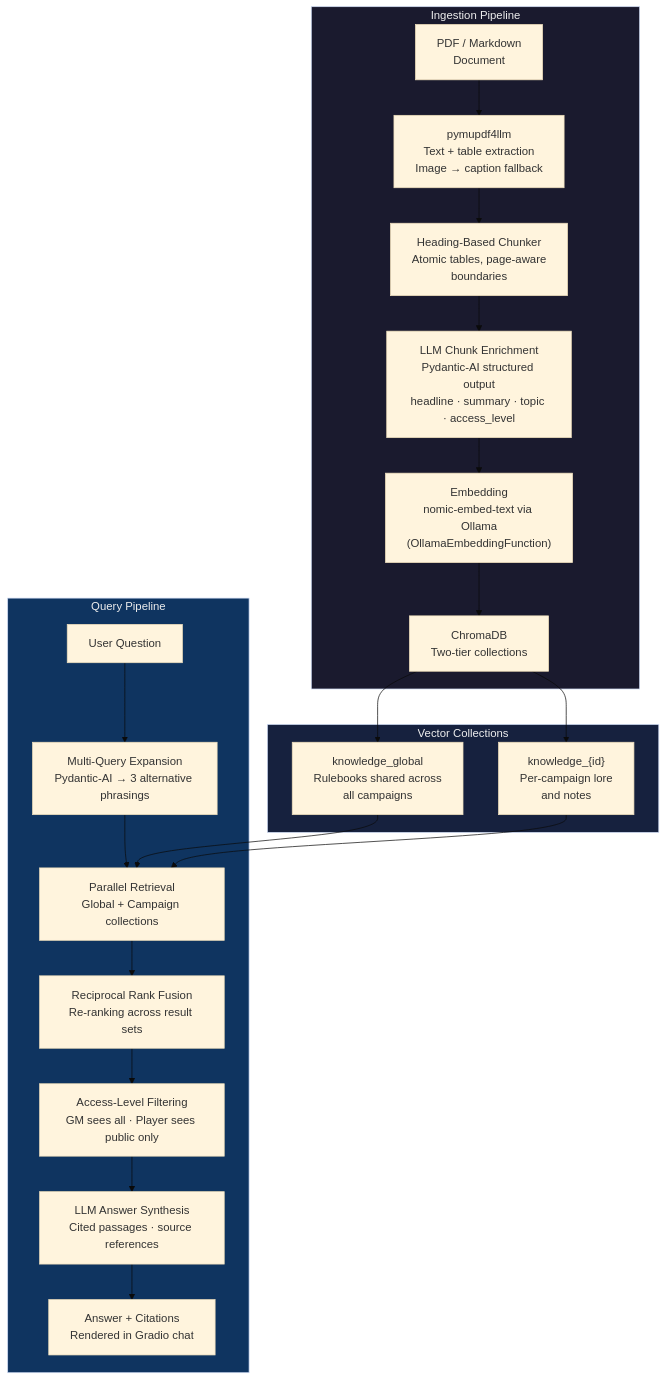
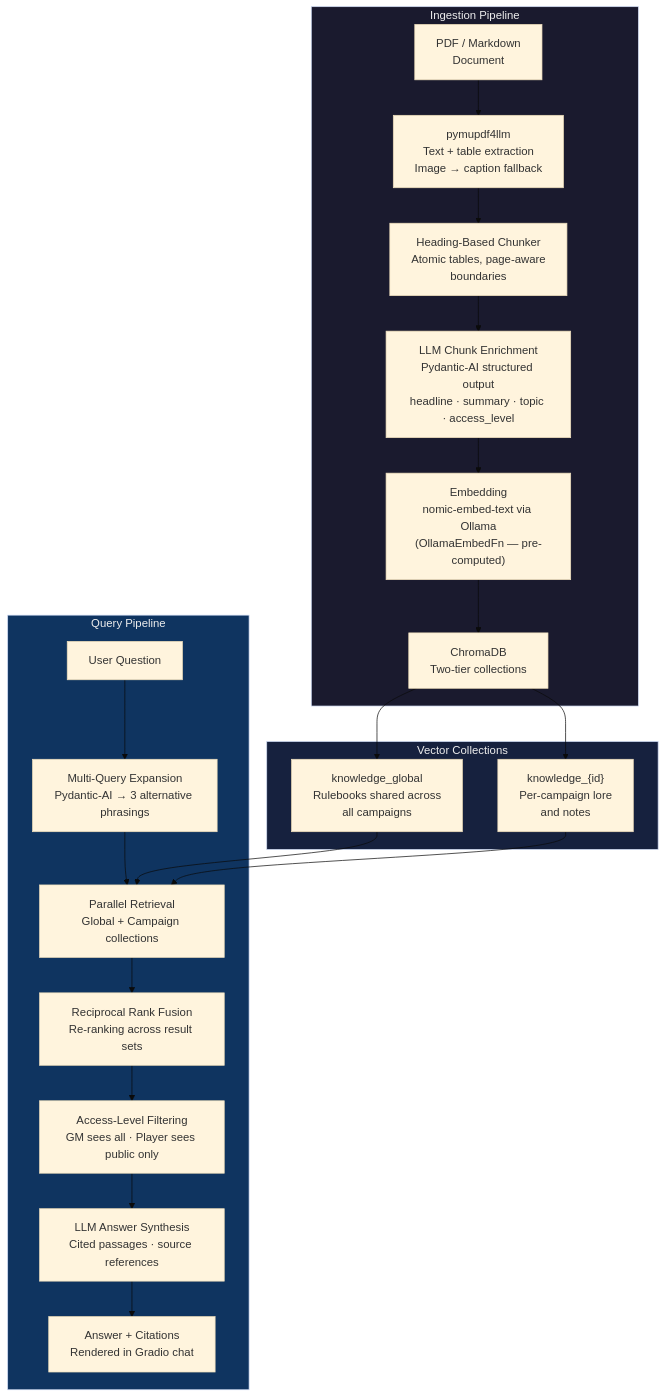
One commit to Risslock/StoryWeaver changed the third of 5 diagrams in README.md. Above: the diagram before and after it, drawn with Mermaid (base theme). The commit also changed other lines of this file and 7 other files, not shown here.

First line of the commit message:
fix: convergence pass — runtime crash in overwrite flow and FR-012 message

````diff
--- a/README.md
+++ b/README.md
@@ -155,33 +155,33 @@
 ```mermaid
 flowchart TD
     subgraph INGEST["Ingestion Pipeline"]
         PDF["PDF / Markdown\nDocument"] -->
         EXTRACT["pymupdf4llm\nText + table extraction\nImage → caption fallback"] -->
         CHUNK["Heading-Based Chunker\nAtomic tables, page-aware\nboundaries"] -->
         ENRICH["LLM Chunk Enrichment\nPydantic-AI structured output\nheadline · summary · topic · access_level"] -->
-        EMBED["Embedding\nnomic-embed-text via Ollama\n(OllamaEmbeddingFunction)"] -->
+        EMBED["Embedding\nnomic-embed-text via Ollama\n(OllamaEmbedFn — pre-computed)"] -->
         STORE_VEC["ChromaDB\nTwo-tier collections"]
     end
 
     subgraph COLLECTIONS["Vector Collections"]
         GLOBAL["knowledge_global\nRulebooks shared across\nall campaigns"]
         CAMPAIGN["knowledge_{id}\nPer-campaign lore\nand notes"]
     end
 
     subgraph QUERY["Query Pipeline"]
         Q["User Question"] -->
         EXPAND["Multi-Query Expansion\nPydantic-AI → 3 alternative phrasings"] -->
         RETRIEVE["Parallel Retrieval\nGlobal + Campaign collections"] -->
         RRF["Reciprocal Rank Fusion\nRe-ranking across result sets"] -->
         FILTER["Access-Level Filtering\nGM sees all · Player sees public only"] -->
         SYNTH["LLM Answer Synthesis\nCited passages · source references"] -->
         ANS["Answer + Citations\nRendered in Gradio chat"]
     end
 
     STORE_VEC --> GLOBAL & CAMPAIGN
     GLOBAL & CAMPAIGN --> RETRIEVE
 
     style INGEST fill:#1a1a2e,color:#eee
     style COLLECTIONS fill:#16213e,color:#eee
     style QUERY fill:#0f3460,color:#eee
 ```
````
